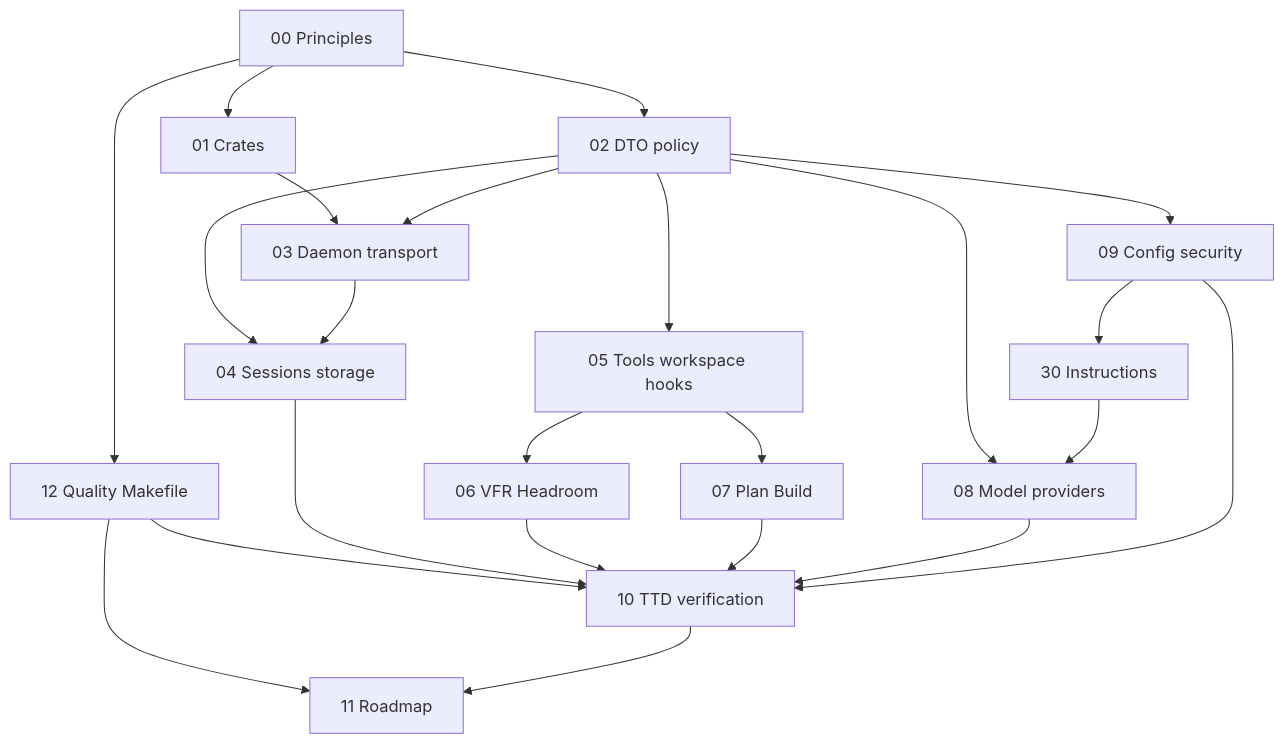
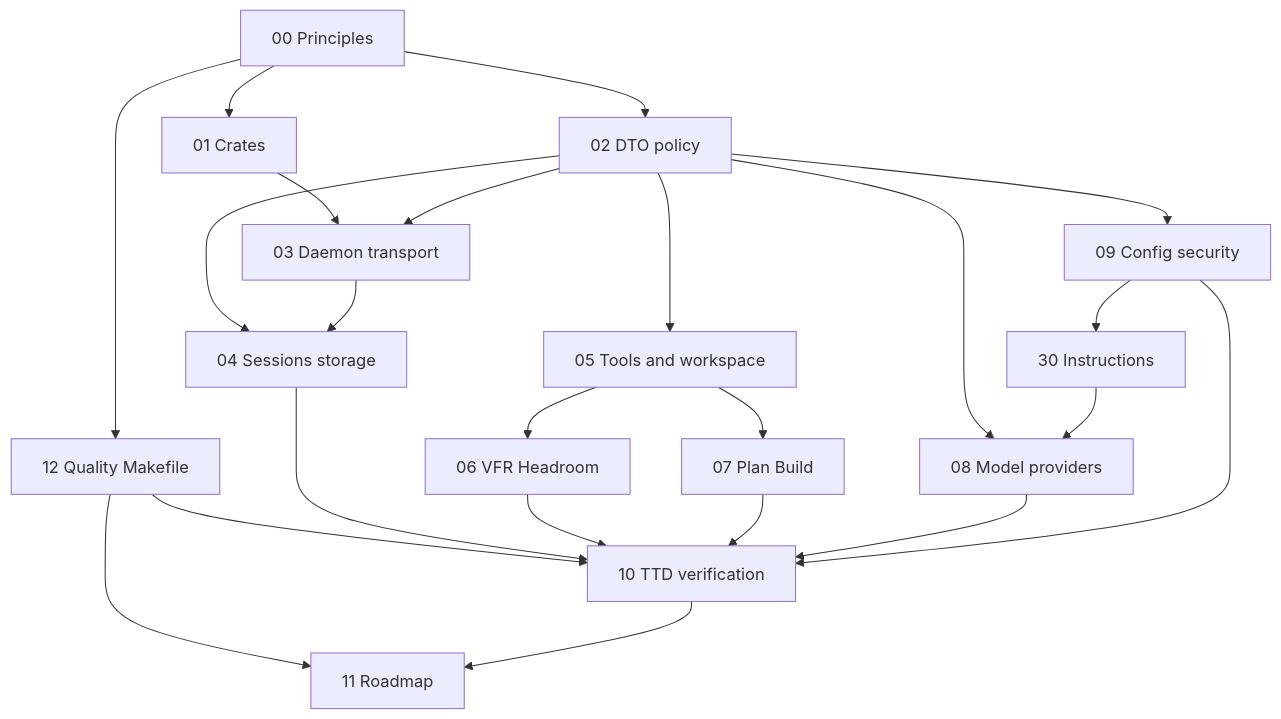
Before and after one commit to y0tsy/intention-relay: the second of 2 diagrams in docs/intention-relay/architecture/README.md, drawn with Mermaid. The commit also changed other lines of this file and 288 other files, not shown here.

````diff
--- a/docs/intention-relay/architecture/README.md
+++ b/docs/intention-relay/architecture/README.md
@@ -113,25 +101,25 @@
 ```mermaid
 flowchart TD
   P[00 Principles] --> C[01 Crates]
   P --> D[02 DTO policy]
   C --> T[03 Daemon transport]
   D --> T
   D --> S[04 Sessions storage]
   T --> S
-  D --> W[05 Tools workspace hooks]
+  D --> W[05 Tools and workspace]
   W --> V[06 VFR Headroom]
   W --> B[07 Plan Build]
   D --> M[08 Model providers]
   D --> G[09 Config security]
   P --> K[12 Quality Makefile]
   K --> Q[10 TTD verification]
   K --> R[11 Roadmap]
   S --> Q
   V --> Q
   B --> Q
   M --> Q
   G --> Q
   G --> I30[30 Instructions]
   I30 --> M
   Q --> R[11 Roadmap]
 ```
````
